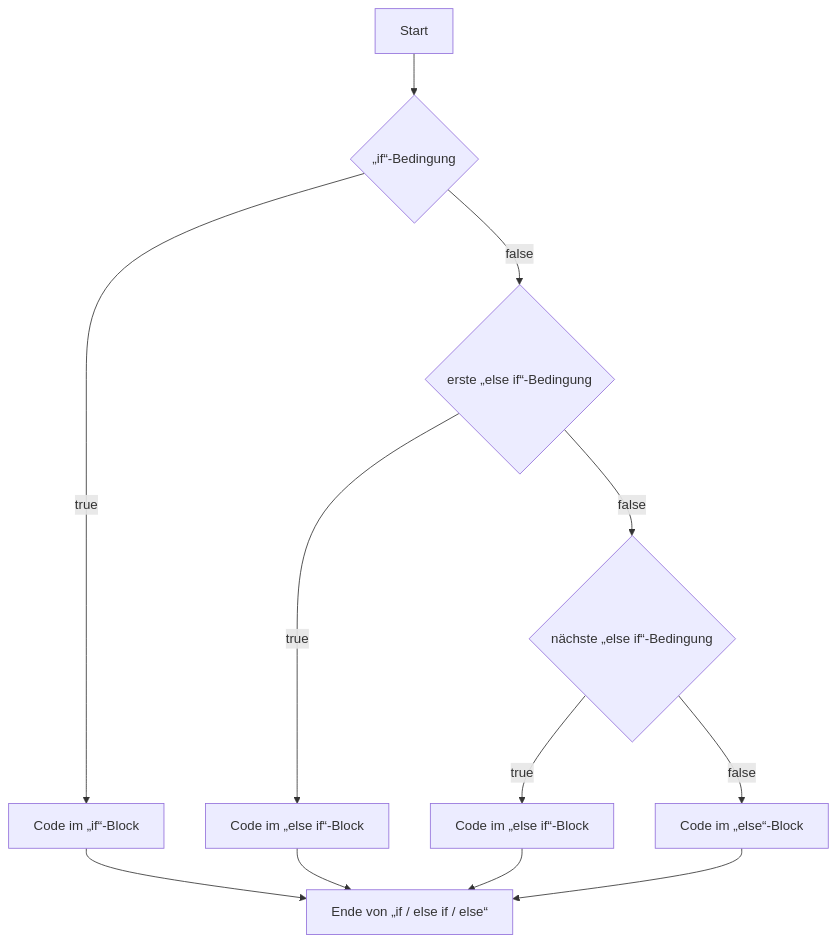
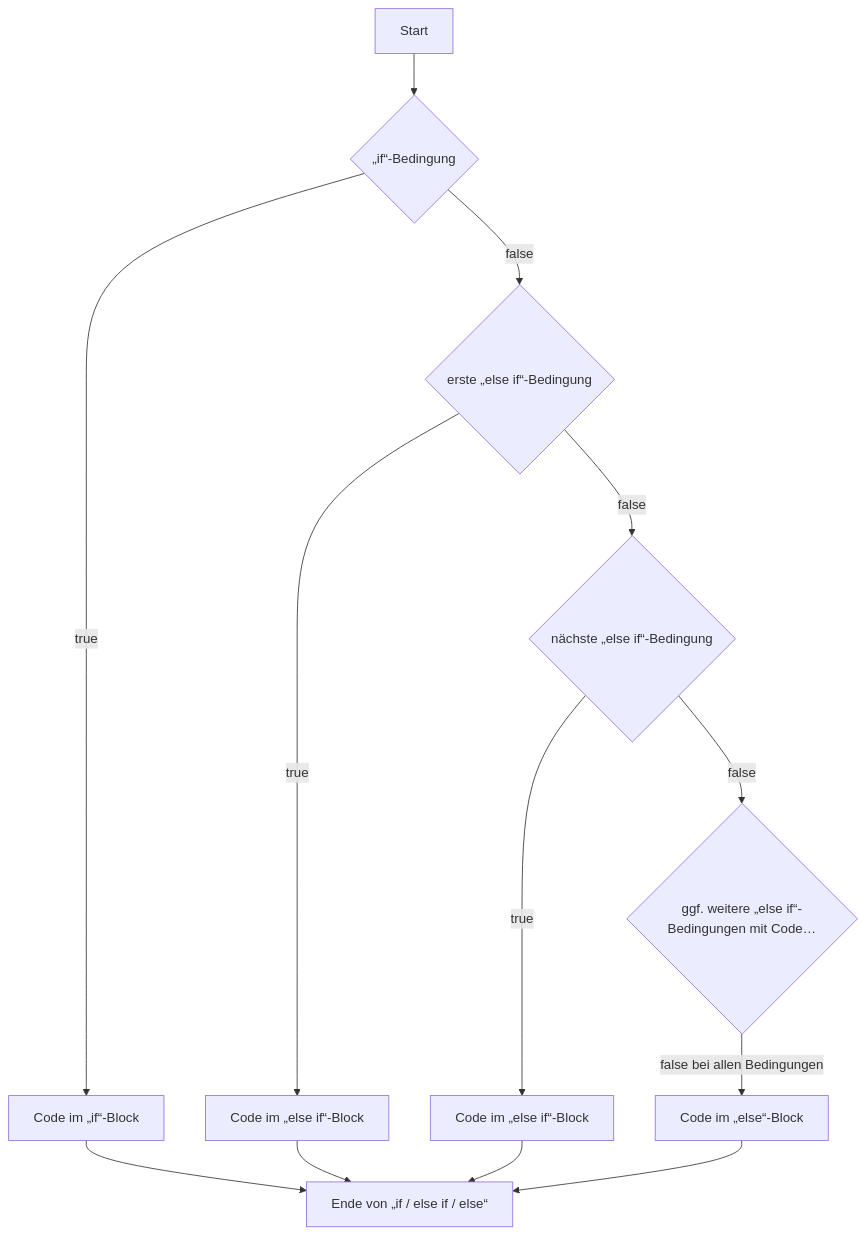
The diagram in pages/prog/03-logic-structure/03-if.mdx (behrends/workshops), drawn with Mermaid before and after one commit.

Commit message:
Prog: mermaid if

````diff
--- a/pages/prog/03-logic-structure/03-if.mdx
+++ b/pages/prog/03-logic-structure/03-if.mdx
@@ -48,14 +48,15 @@
 ```mermaid
 graph TD
     A[Start] --> B{„if“-Bedingung}
     B -->|true| BB[Code im „if“-Block]
     BB --> F[Ende von „if / else if / else“]
     B -->|false| C{erste „else if“-Bedingung}
     C -->|true| CC[Code im „else if“-Block]
     CC --> F
     C -->|false| D{nächste „else if“-Bedingung}
     D -->|true| DD[Code im „else if“-Block]
     DD --> F
-    D -->|false| E[Code im „else“-Block]
+    D -->|false| EE{ggf. weitere „else if“-Bedingungen mit Code…}
+    EE -->|false bei allen Bedingungen | E[Code im „else“-Block]
     E --> F
 ```
````
